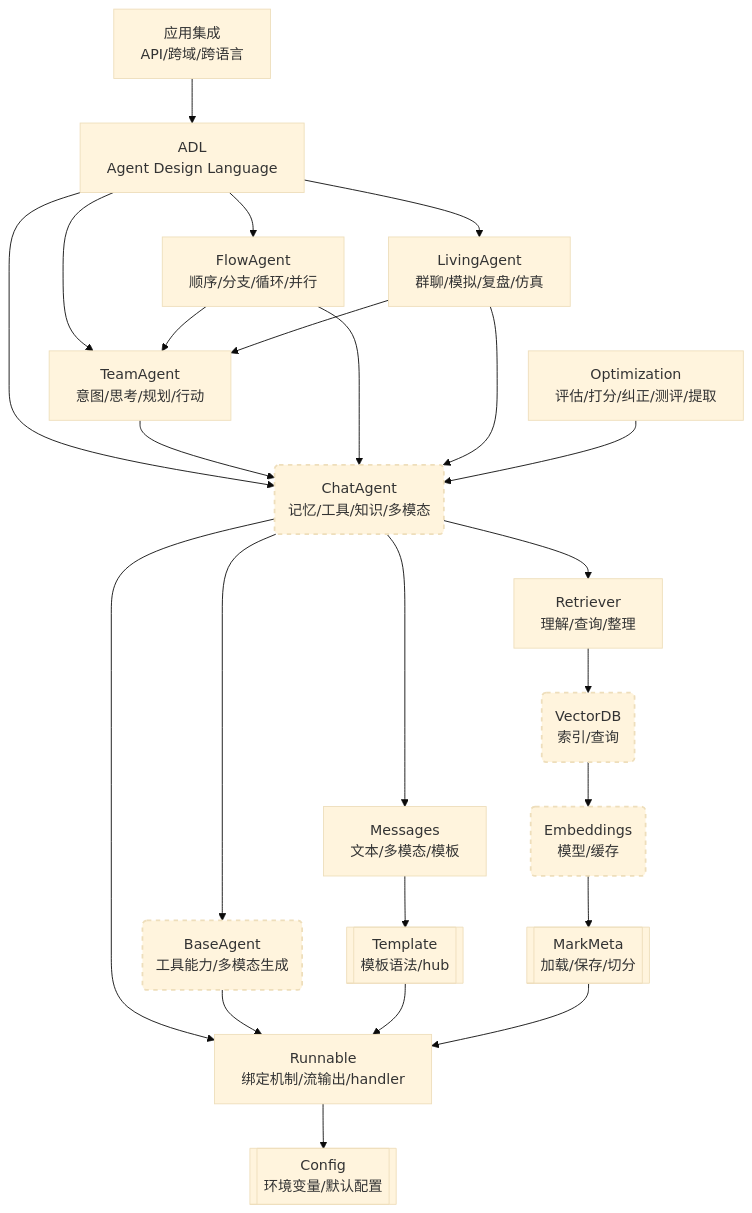
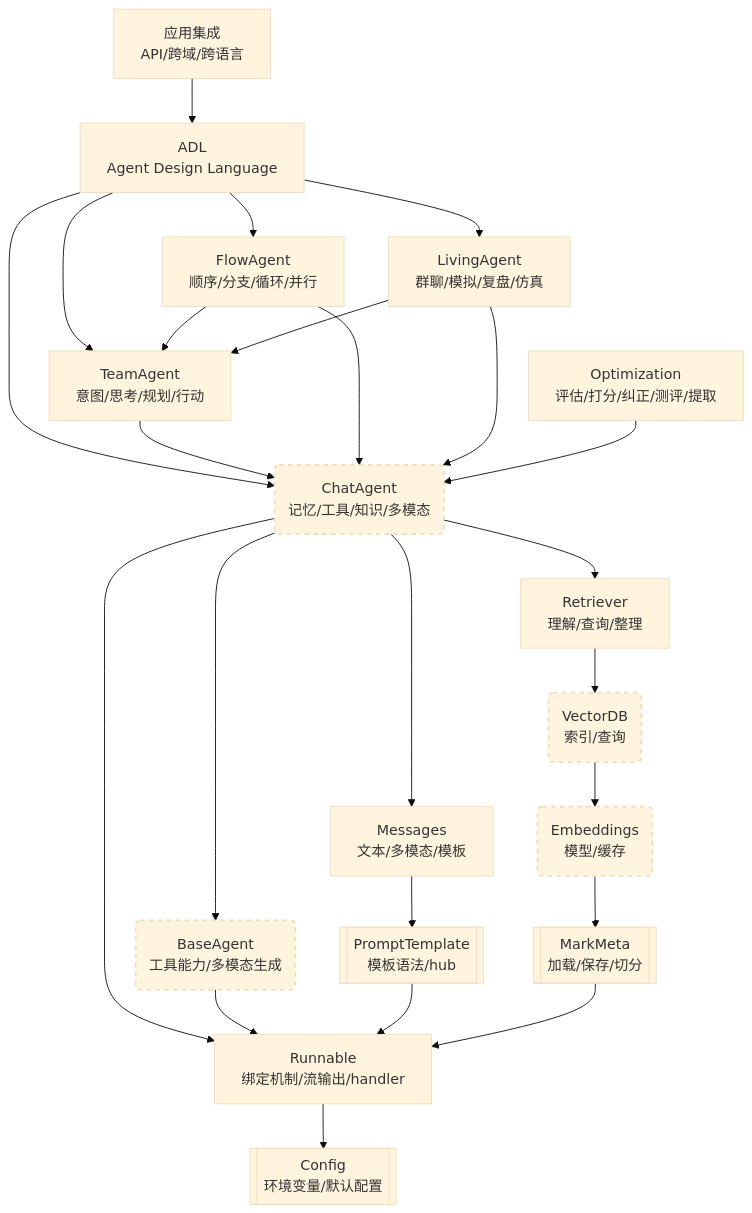
The first of 2 diagrams in notes/index.md (arcstep/illufly), drawn with Mermaid (base theme) before and after one commit. The commit also changed 30 other files, not shown here.

Commit message:
feat: 将 Template 修改为 PromptTemplate，让语义更加明确

````diff
--- a/notes/index.md
+++ b/notes/index.md
@@ -5,42 +5,42 @@
 ```mermaid
 graph TD
     Config[[Config<br>环境变量/默认配置]]
     Runnable[Runnable<br>绑定机制/流输出/handler]
 
     Application[应用集成<br>API/跨域/跨语言]
     ADL[ADL<br>Agent Design Language]
     Optimization[Optimization<br>评估/打分/纠正/测评/提取]
     Living[LivingAgent<br>群聊/模拟/复盘/仿真]
     Flow[FlowAgent<br>顺序/分支/循环/并行]
 
     Team[TeamAgent<br>意图/思考/规划/行动]
     Agent(ChatAgent<br>记忆/工具/知识/多模态)
     BaseAgent(BaseAgent<br>工具能力/多模态生成)
     Messages[Messages<br>文本/多模态/模板]
-    Template[[Template<br>模板语法/hub]]
+    PromptTemplate[[PromptTemplate<br>模板语法/hub]]
 
     MarkMeta[[MarkMeta<br>加载/保存/切分]]
     VectorDB(VectorDB<br>索引/查询)
     Emb(Embeddings<br>模型/缓存)
     Retriever[Retriever<br>理解/查询/整理]
 
     Application --> ADL
     ADL --> Agent
     ADL --> Team
     ADL --> Flow
     Flow --> Team --> Agent
     Flow --> Agent
     ADL --> Living --> Team
     Living --> Agent
     Optimization --> Agent
     Agent --> Runnable --> Config
     Agent --> BaseAgent --> Runnable
-    Agent --> Messages -->  Template --> Runnable
+    Agent --> Messages -->  PromptTemplate --> Runnable
     Agent --> Retriever --> VectorDB --> Emb --> MarkMeta --> Runnable
 
     style Agent stroke-width:2px,stroke-dasharray:5 5
     style BaseAgent stroke-width:2px,stroke-dasharray:5 5
     style VectorDB stroke-width:2px,stroke-dasharray:5 5
     style Emb stroke-width:2px,stroke-dasharray:5 5
 
 ```
````
